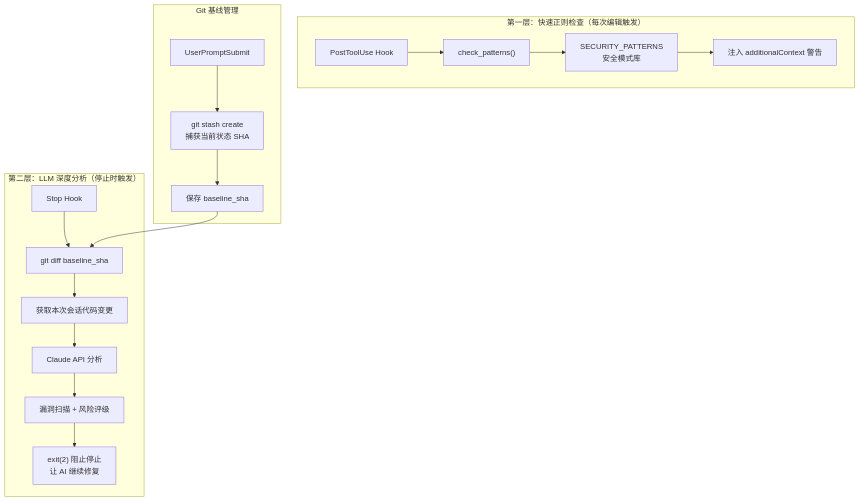
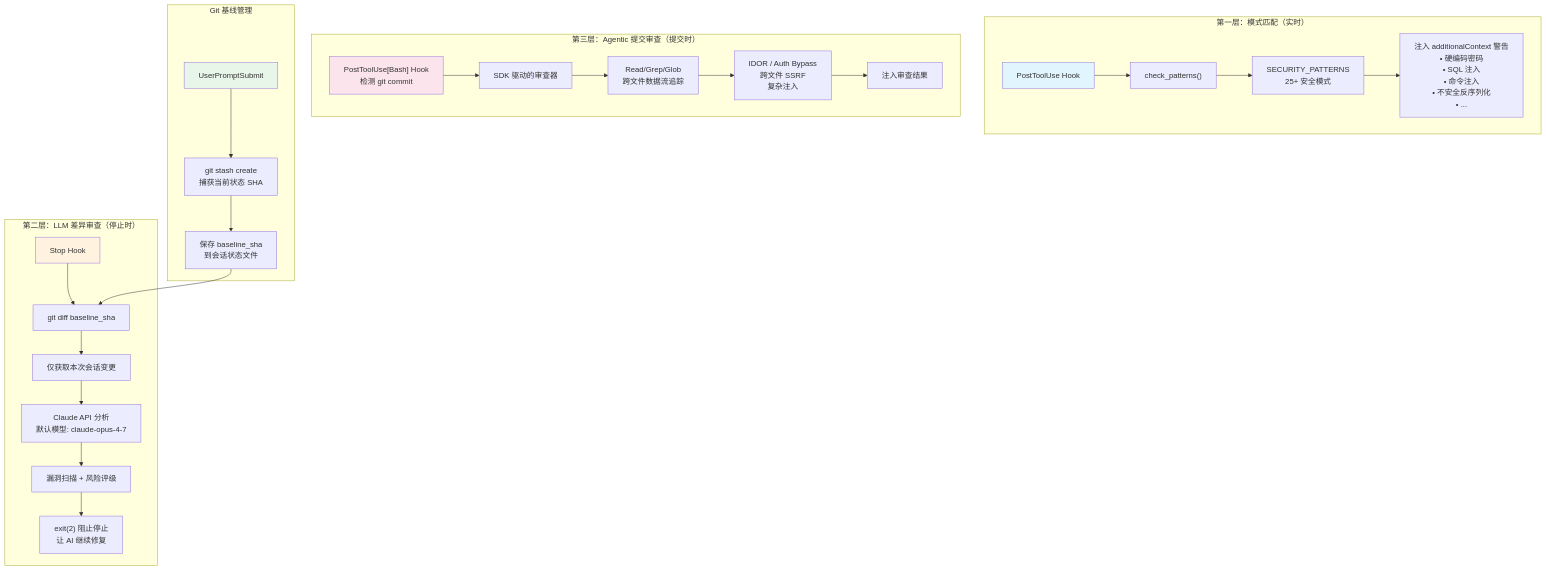
One commit to zhangzqhn/claude-code changed diagram 11 of 17 in docs/technical_design.md. Above: the diagram before and after it, drawn with Mermaid. The commit also changed other lines of this file, not shown here.

````diff
--- a/docs/technical_design.md
+++ b/docs/technical_design.md
@@ -259,23 +854,35 @@
 ```mermaid
 graph TB
-    subgraph "第一层：快速正则检查（每次编辑触发）"
+    subgraph "第一层：模式匹配（实时）"
         A1["PostToolUse Hook"] --> A2["check_patterns()"]
-        A2 --> A3["SECURITY_PATTERNS<br/>安全模式库"]
-        A3 --> A4["注入 additionalContext 警告"]
+        A2 --> A3["SECURITY_PATTERNS<br/>25+ 安全模式"]
+        A3 --> A4["注入 additionalContext 警告<br/>• 硬编码密码<br/>• SQL 注入<br/>• 命令注入<br/>• 不安全反序列化<br/>• ..."]
     end
 
-    subgraph "第二层：LLM 深度分析（停止时触发）"
+    subgraph "第二层：LLM 差异审查（停止时）"
         B1["Stop Hook"] --> B2["git diff baseline_sha"]
-        B2 --> B3["获取本次会话代码变更"]
-        B3 --> B4["Claude API 分析"]
+        B2 --> B3["仅获取本次会话变更"]
+        B3 --> B4["Claude API 分析<br/>默认模型: claude-opus-4-7"]
         B4 --> B5["漏洞扫描 + 风险评级"]
         B5 --> B6["exit(2) 阻止停止<br/>让 AI 继续修复"]
     end
 
-    subgraph "Git 基线管理"
-        C1["UserPromptSubmit"] --> C2["git stash create<br/>捕获当前状态 SHA"]
-        C2 --> C3["保存 baseline_sha"]
+    subgraph "第三层：Agentic 提交审查（提交时）"
+        C1["PostToolUse[Bash] Hook<br/>检测 git commit"] --> C2["SDK 驱动的审查器"]
+        C2 --> C3["Read/Grep/Glob<br/>跨文件数据流追踪"]
+        C3 --> C4["IDOR / Auth Bypass<br/>跨文件 SSRF<br/>复杂注入"]
+        C4 --> C5["注入审查结果"]
     end
 
-    C3 --> B2
+    subgraph "Git 基线管理"
+        D1["UserPromptSubmit"] --> D2["git stash create<br/>捕获当前状态 SHA"]
+        D2 --> D3["保存 baseline_sha<br/>到会话状态文件"]
+    end
+
+    D3 --> B2
+
+    style A1 fill:#e1f5fe
+    style B1 fill:#fff3e0
+    style C1 fill:#fce4ec
+    style D1 fill:#e8f5e9
 ```
````
